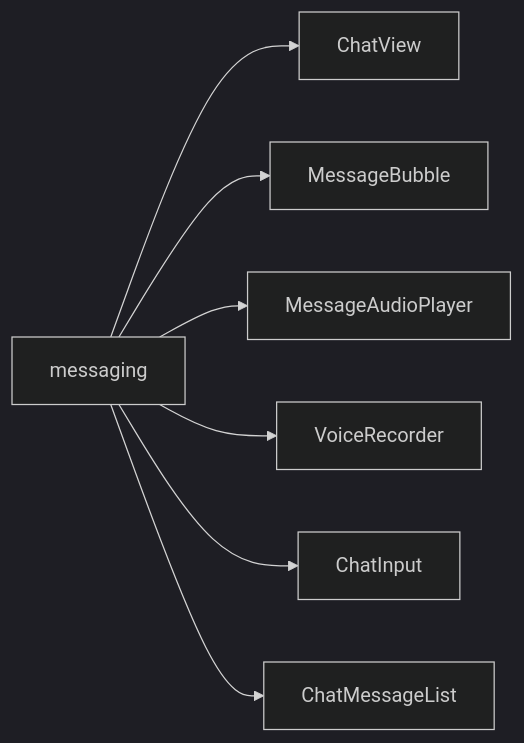
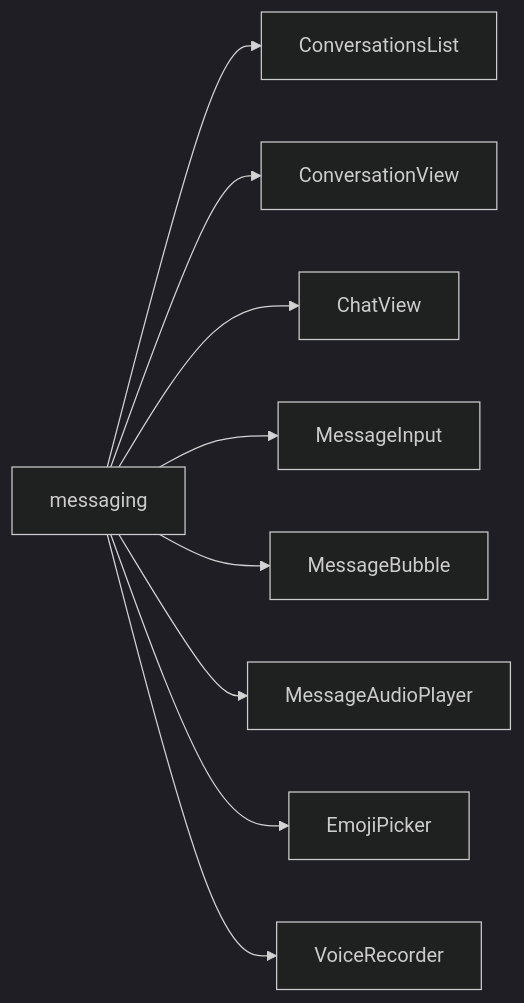
One commit to neofuture/chatr changed the first of 9 diagrams in Documentation/Frontend/Components/index.md. Above: the diagram before and after it, drawn with Mermaid (dark theme). The commit also changed other lines of this file and 158 other files, not shown here.

````diff
--- a/Documentation/Frontend/Components/index.md
+++ b/Documentation/Frontend/Components/index.md
@@ -7,9 +7,11 @@
 ```mermaid
 graph LR
+    messaging --> ConversationsList
+    messaging --> ConversationView
     messaging --> ChatView
+    messaging --> MessageInput
     messaging --> MessageBubble
     messaging --> MessageAudioPlayer
+    messaging --> EmojiPicker
     messaging --> VoiceRecorder
-    messaging --> ChatInput
-    messaging --> ChatMessageList
 ```
````
